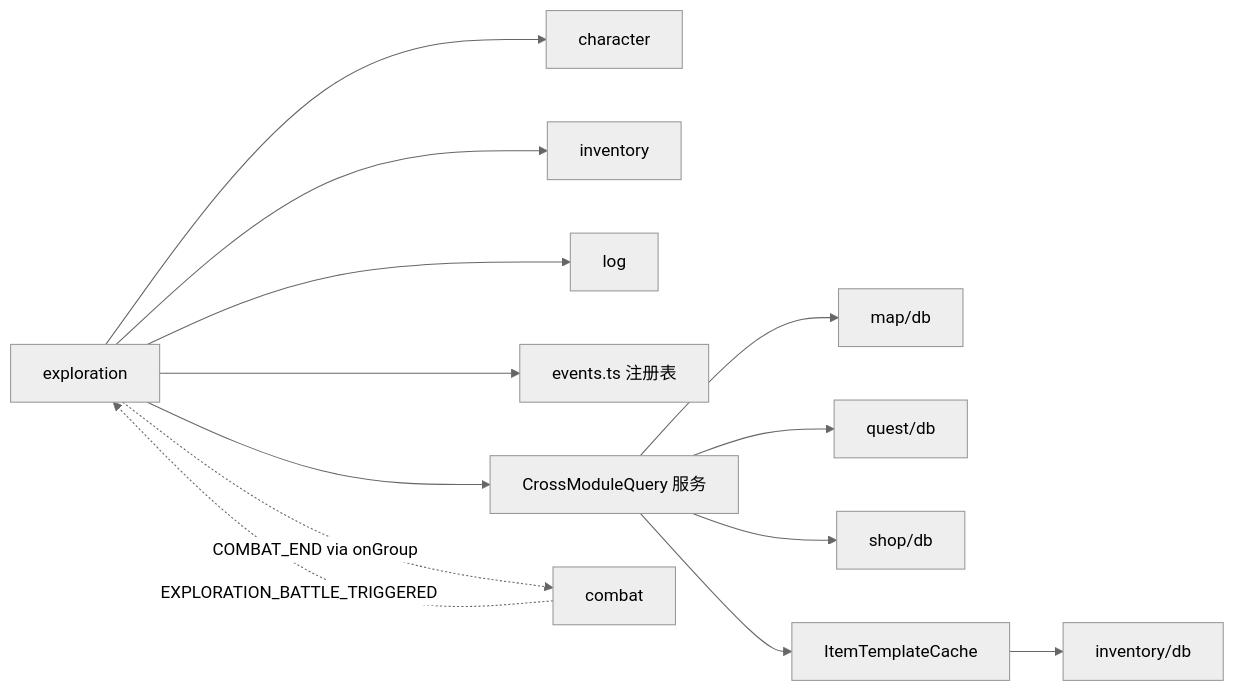
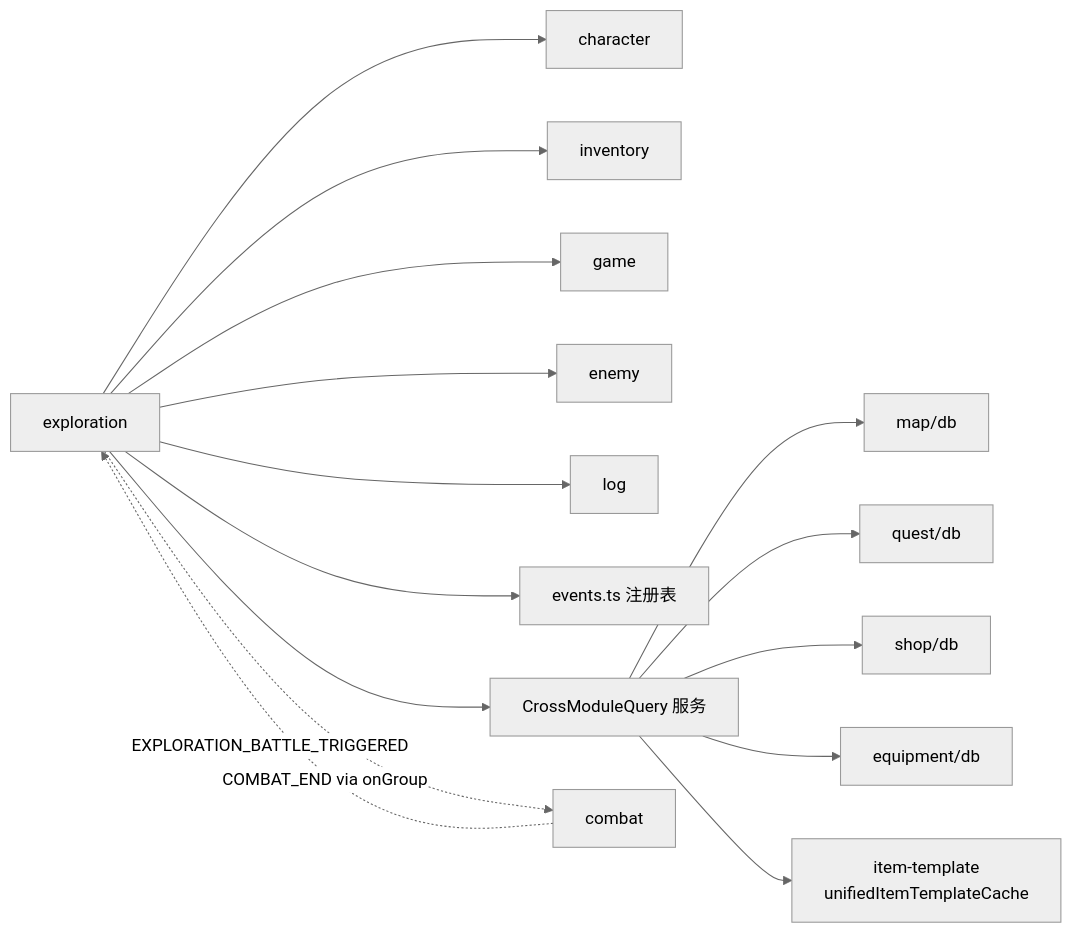
One commit to SonDemigods/wow_dnd changed the fifth of 11 diagrams in doc/project/DEPENDENCY_GRAPH.md. Above: the diagram before and after it, drawn with Mermaid (neutral theme). The commit also changed other lines of this file and 55 other files, not shown here.

````diff
--- a/doc/project/DEPENDENCY_GRAPH.md
+++ b/doc/project/DEPENDENCY_GRAPH.md
@@ -436,15 +460,17 @@
 ```mermaid
 graph LR
     exploration --> character
     exploration --> inventory
+    exploration --> game
+    exploration --> enemy
     exploration --> log
     exploration --> eventsTS[events.ts 注册表]
     exploration --> crossModuleQuery[CrossModuleQuery 服务]
     crossModuleQuery --> map[map/db]
     crossModuleQuery --> quest[quest/db]
     crossModuleQuery --> shop[shop/db]
-    crossModuleQuery --> itemCache[ItemTemplateCache]
-    itemCache --> inv[inventory/db]
+    crossModuleQuery --> equipment[equipment/db]
+    crossModuleQuery --> itemCache[item-template<br/>unifiedItemTemplateCache]
     exploration -.->|COMBAT_END via onGroup| combat
     combat -.->|EXPLORATION_BATTLE_TRIGGERED| exploration
 ```
````
